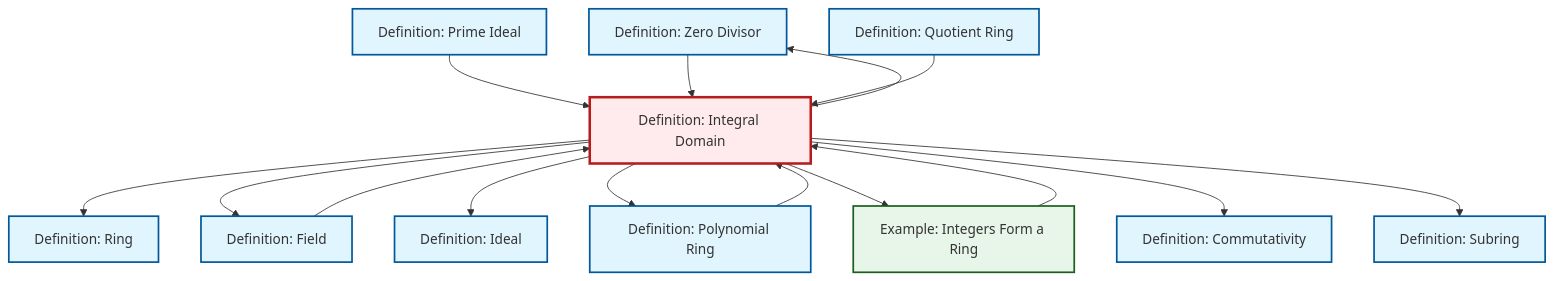
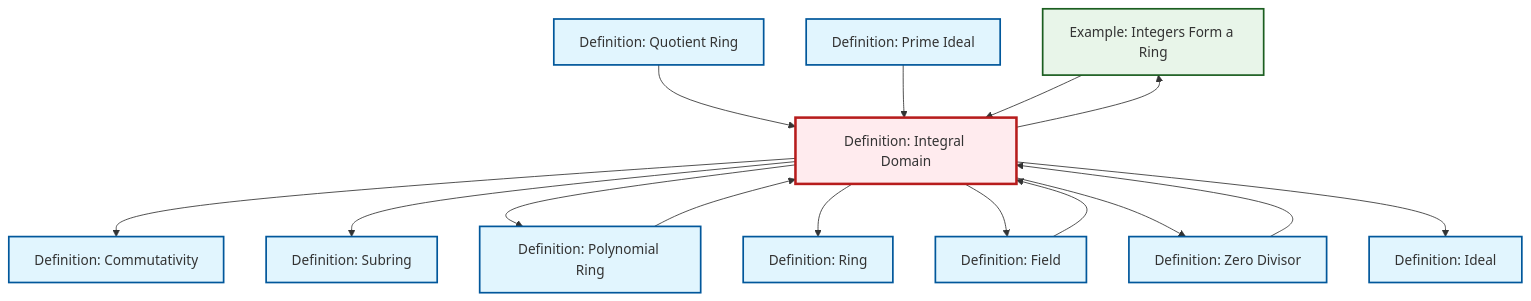
The diagram in content/en/algebra/def-integral-domain.qmd (RK0429/ModernMath), drawn with Mermaid before and after one commit. The commit also changed other lines of this file and 1012 other files, not shown here.

````diff
--- a/content/en/algebra/def-integral-domain.qmd
+++ b/content/en/algebra/def-integral-domain.qmd
@@ -95,45 +95,45 @@
 ```{mermaid}
 %%| fig-cap: "Local dependency graph"
 graph TD
     classDef definition fill:#e1f5fe,stroke:#01579b,stroke-width:2px
     classDef theorem fill:#f3e5f5,stroke:#4a148c,stroke-width:2px
     classDef axiom fill:#fff3e0,stroke:#e65100,stroke-width:2px
     classDef example fill:#e8f5e9,stroke:#1b5e20,stroke-width:2px
     classDef current fill:#ffebee,stroke:#b71c1c,stroke-width:3px
-    def-zero-divisor["Definition: Zero Divisor"]:::definition
     ex-integers-ring["Example: Integers Form a Ring"]:::example
-    def-prime-ideal["Definition: Prime Ideal"]:::definition
-    def-ideal["Definition: Ideal"]:::definition
-    def-polynomial-ring["Definition: Polynomial Ring"]:::definition
-    def-commutativity["Definition: Commutativity"]:::definition
     def-field["Definition: Field"]:::definition
-    def-quotient-ring["Definition: Quotient Ring"]:::definition
-    def-integral-domain["Definition: Integral Domain"]:::definition
     def-ring["Definition: Ring"]:::definition
     def-subring["Definition: Subring"]:::definition
+    def-prime-ideal["Definition: Prime Ideal"]:::definition
+    def-quotient-ring["Definition: Quotient Ring"]:::definition
+    def-commutativity["Definition: Commutativity"]:::definition
+    def-polynomial-ring["Definition: Polynomial Ring"]:::definition
+    def-integral-domain["Definition: Integral Domain"]:::definition
+    def-ideal["Definition: Ideal"]:::definition
+    def-zero-divisor["Definition: Zero Divisor"]:::definition
     def-field --> def-integral-domain
+    def-integral-domain --> ex-integers-ring
+    def-integral-domain --> def-commutativity
+    def-quotient-ring --> def-integral-domain
     def-prime-ideal --> def-integral-domain
+    def-integral-domain --> def-subring
+    def-integral-domain --> def-polynomial-ring
+    ex-integers-ring --> def-integral-domain
+    def-polynomial-ring --> def-integral-domain
     def-integral-domain --> def-ring
+    def-zero-divisor --> def-integral-domain
+    def-integral-domain --> def-field
     def-integral-domain --> def-zero-divisor
-    def-integral-domain --> def-field
-    def-polynomial-ring --> def-integral-domain
     def-integral-domain --> def-ideal
-    def-integral-domain --> def-polynomial-ring
-    def-integral-domain --> ex-integers-ring
-    def-zero-divisor --> def-integral-domain
-    ex-integers-ring --> def-integral-domain
-    def-quotient-ring --> def-integral-domain
-    def-integral-domain --> def-commutativity
-    def-integral-domain --> def-subring
     class def-integral-domain current
-    click def-zero-divisor "def-zero-divisor.html" "Go to Zero Divisor definition"
     click ex-integers-ring "ex-integers-ring.html" "Go to Integers Form a Ring example"
-    click def-prime-ideal "def-prime-ideal.html" "Go to Prime Ideal definition"
-    click def-ideal "def-ideal.html" "Go to Ideal definition"
-    click def-polynomial-ring "def-polynomial-ring.html" "Go to Polynomial Ring definition"
-    click def-commutativity "def-commutativity.html" "Go to Commutativity definition"
     click def-field "def-field.html" "Go to Field definition"
-    click def-quotient-ring "def-quotient-ring.html" "Go to Quotient Ring definition"
     click def-ring "def-ring.html" "Go to Ring definition"
     click def-subring "def-subring.html" "Go to Subring definition"
+    click def-prime-ideal "def-prime-ideal.html" "Go to Prime Ideal definition"
+    click def-quotient-ring "def-quotient-ring.html" "Go to Quotient Ring definition"
+    click def-commutativity "def-commutativity.html" "Go to Commutativity definition"
+    click def-polynomial-ring "def-polynomial-ring.html" "Go to Polynomial Ring definition"
+    click def-ideal "def-ideal.html" "Go to Ideal definition"
+    click def-zero-divisor "def-zero-divisor.html" "Go to Zero Divisor definition"
 ```
````
